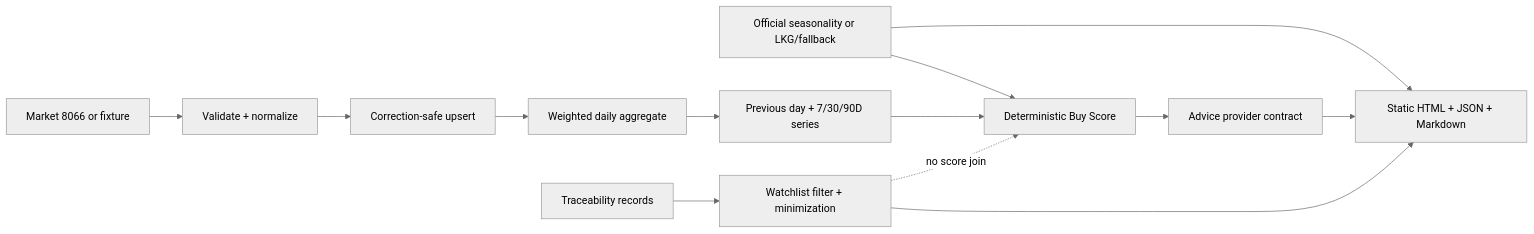
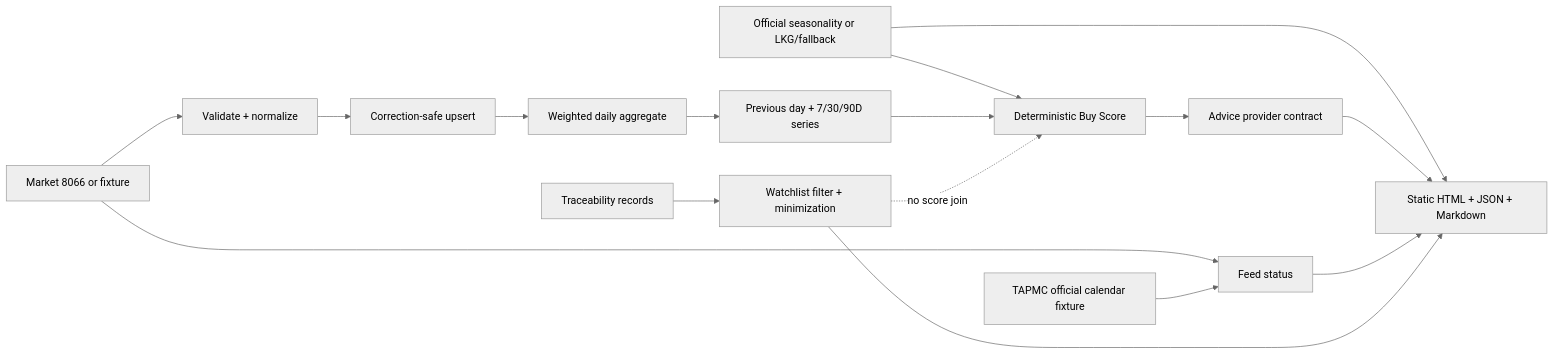
The diagram in README.md (trionnemesis/tw-agri-copilot), drawn with Mermaid (neutral theme) before and after one commit. The commit also changed other lines of this file and 20 other files, not shown here.

First line of the commit message:
feat: add official Taipei market calendar (#21)

````diff
--- a/README.md
+++ b/README.md
@@ -36,15 +37,18 @@
 ```mermaid
 flowchart LR
   M[Market 8066 or fixture] --> N[Validate + normalize]
+  M --> P[Feed status]
+  C[TAPMC official calendar fixture] --> P
   N --> U[Correction-safe upsert]
   U --> A[Weighted daily aggregate]
   A --> S[Previous day + 7/30/90D series]
   F[Official seasonality or LKG/fallback] --> B[Deterministic Buy Score]
   F --> H
   S --> B
   B --> D[Advice provider contract]
   D --> H[Static HTML + JSON + Markdown]
+  P --> H
   T[Traceability records] --> X[Watchlist filter + minimization]
   X --> H
   X -. no score join .-> B
 ```
````
